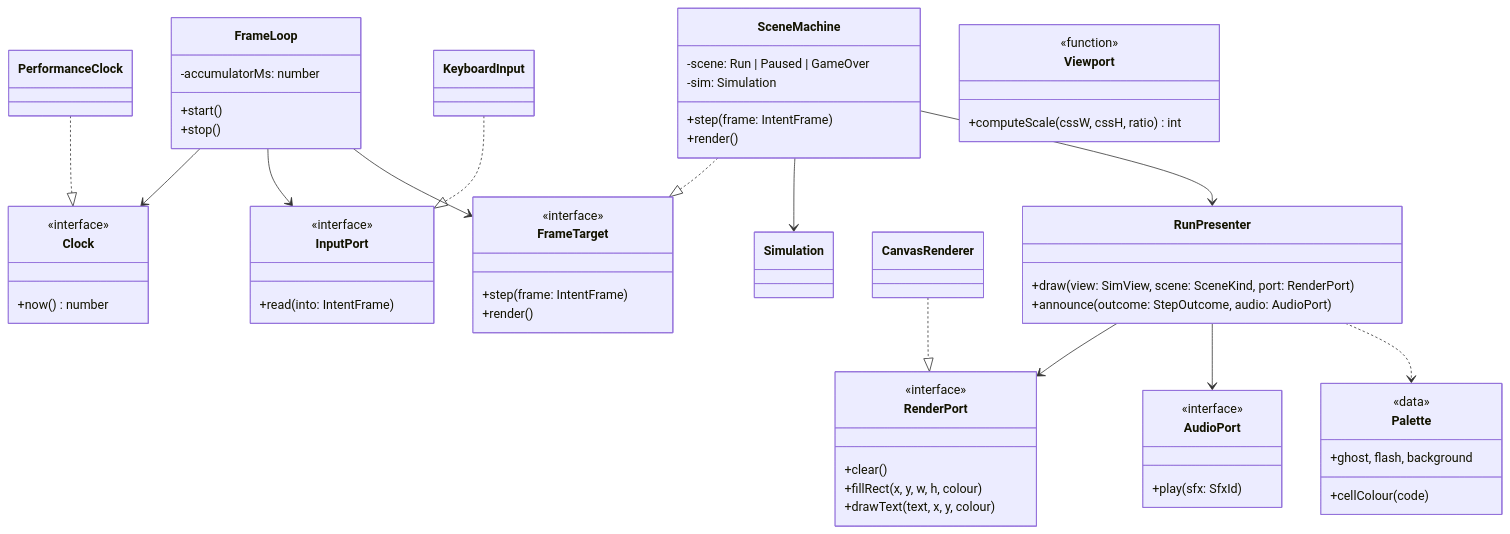
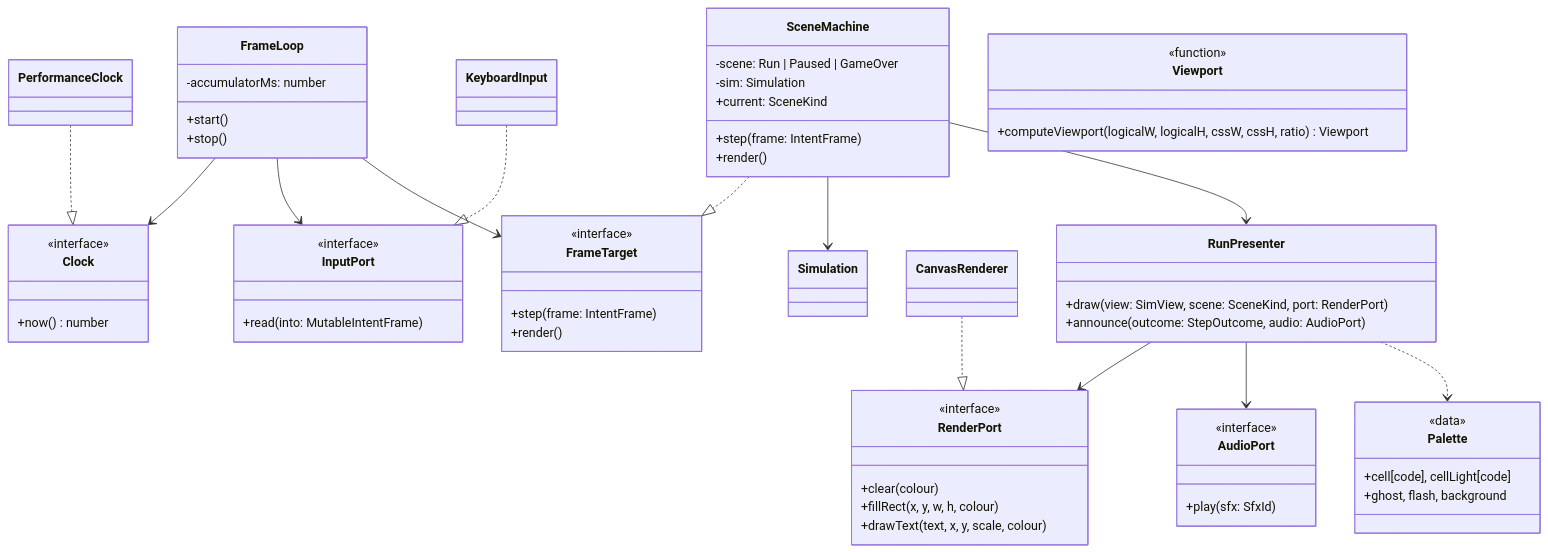
Before and after one commit to benoit-bremaud/retro-blocks: the diagram in docs/architecture/diagrams/system/03-class-engine.md, drawn with Mermaid. The commit also changed other lines of this file and 20 other files, not shown here.

````diff
--- a/docs/architecture/diagrams/system/03-class-engine.md
+++ b/docs/architecture/diagrams/system/03-class-engine.md
@@ -7,65 +7,66 @@
 ```mermaid
 classDiagram
   class Clock {
     <<interface>>
     +now() number
   }
   class InputPort {
     <<interface>>
-    +read(into: IntentFrame)
+    +read(into: MutableIntentFrame)
   }
   class RenderPort {
     <<interface>>
-    +clear()
+    +clear(colour)
     +fillRect(x, y, w, h, colour)
-    +drawText(text, x, y, colour)
+    +drawText(text, x, y, scale, colour)
   }
   class AudioPort {
     <<interface>>
     +play(sfx: SfxId)
   }
   class FrameTarget {
     <<interface>>
     +step(frame: IntentFrame)
     +render()
   }
   class FrameLoop {
     -accumulatorMs: number
     +start()
     +stop()
   }
   class SceneMachine {
     -scene: Run | Paused | GameOver
     -sim: Simulation
+    +current: SceneKind
     +step(frame: IntentFrame)
     +render()
   }
   class RunPresenter {
     +draw(view: SimView, scene: SceneKind, port: RenderPort)
     +announce(outcome: StepOutcome, audio: AudioPort)
   }
   class Palette {
     <<data>>
-    +cellColour(code)
+    +cell[code], cellLight[code]
     +ghost, flash, background
   }
   class KeyboardInput
   class CanvasRenderer
   class PerformanceClock
   class Viewport {
     <<function>>
-    +computeScale(cssW, cssH, ratio) int
+    +computeViewport(logicalW, logicalH, cssW, cssH, ratio) Viewport
   }
   FrameLoop --> Clock
   FrameLoop --> InputPort
   FrameLoop --> FrameTarget
   SceneMachine ..|> FrameTarget
   SceneMachine --> Simulation
   SceneMachine --> RunPresenter
   RunPresenter --> RenderPort
   RunPresenter --> AudioPort
   RunPresenter ..> Palette
   KeyboardInput ..|> InputPort
   CanvasRenderer ..|> RenderPort
   PerformanceClock ..|> Clock
 ```
````
